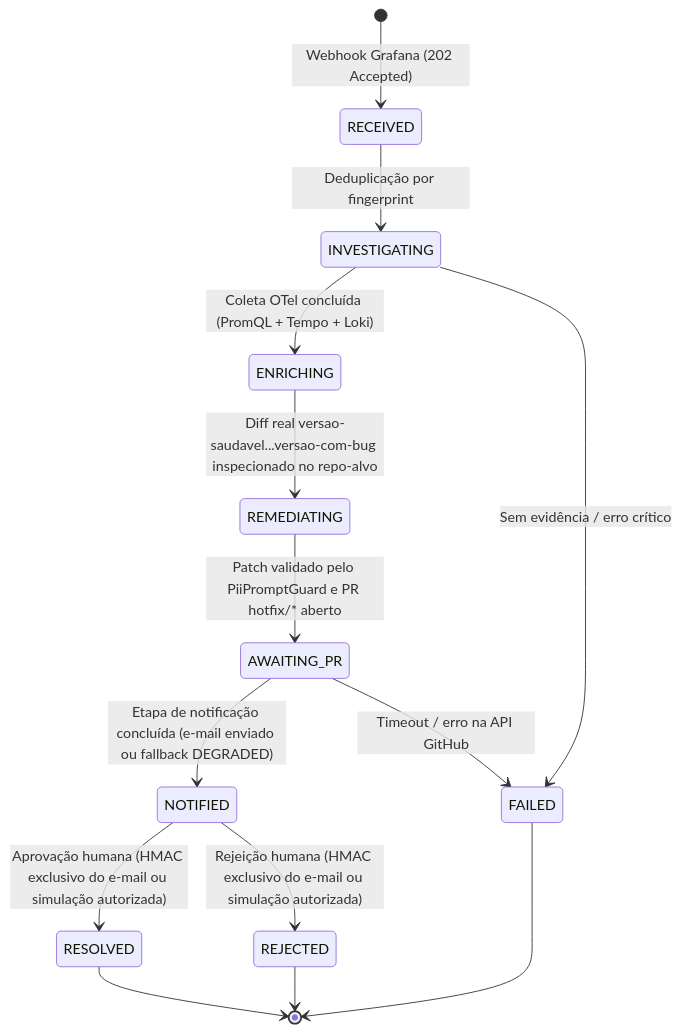
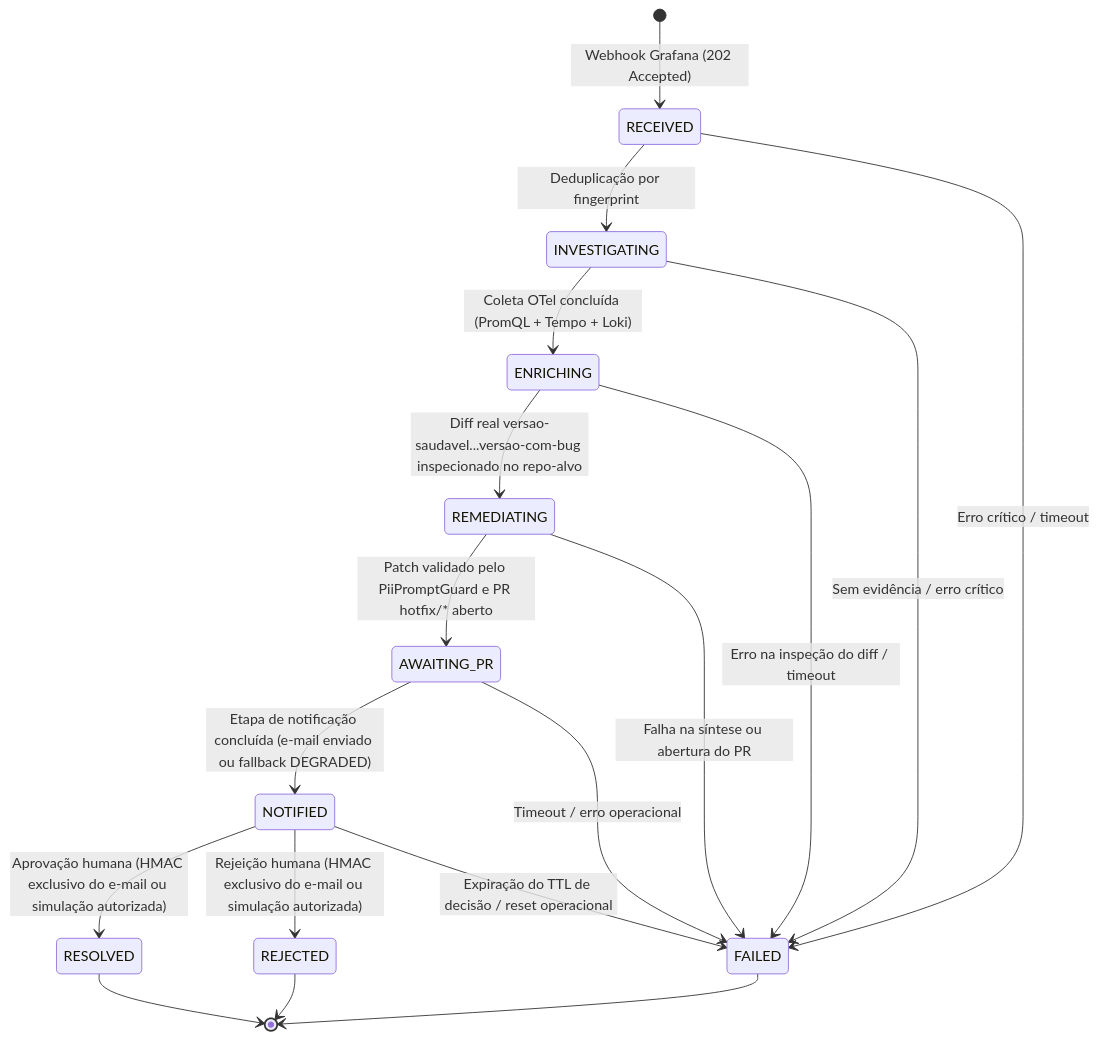
Before and after one commit to AdmilsonGoncalves/zeromttr: the second of 2 diagrams in apps/docs/manuals/architecture.md, drawn with Mermaid. The commit also changed other lines of this file and 15 other files, not shown here.

````diff
--- a/apps/docs/manuals/architecture.md
+++ b/apps/docs/manuals/architecture.md
@@ -59,17 +59,21 @@
 ```mermaid
 stateDiagram-v2
     direction TB
     [*] --> RECEIVED: Webhook Grafana (202 Accepted)
     RECEIVED --> INVESTIGATING: Deduplicação por fingerprint
+    RECEIVED --> FAILED: Erro crítico / timeout
     INVESTIGATING --> ENRICHING: Coleta OTel concluída (PromQL + Tempo + Loki)
     INVESTIGATING --> FAILED: Sem evidência / erro crítico
     ENRICHING --> REMEDIATING: Diff real versao-saudavel...versao-com-bug inspecionado no repo-alvo
+    ENRICHING --> FAILED: Erro na inspeção do diff / timeout
     REMEDIATING --> AWAITING_PR: Patch validado pelo PiiPromptGuard e PR hotfix/* aberto
+    REMEDIATING --> FAILED: Falha na síntese ou abertura do PR
     AWAITING_PR --> NOTIFIED: Etapa de notificação concluída (e-mail enviado ou fallback DEGRADED)
-    AWAITING_PR --> FAILED: Timeout / erro na API GitHub
+    AWAITING_PR --> FAILED: Timeout / erro operacional
     NOTIFIED --> RESOLVED: Aprovação humana (HMAC exclusivo do e-mail ou simulação autorizada)
     NOTIFIED --> REJECTED: Rejeição humana (HMAC exclusivo do e-mail ou simulação autorizada)
+    NOTIFIED --> FAILED: Expiração do TTL de decisão / reset operacional
     RESOLVED --> [*]
     REJECTED --> [*]
     FAILED --> [*]
 ```
````
